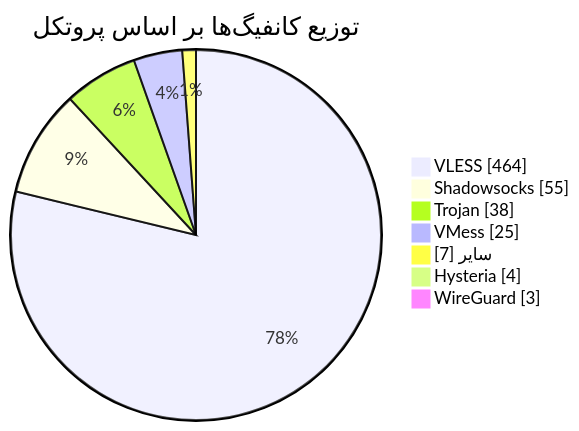
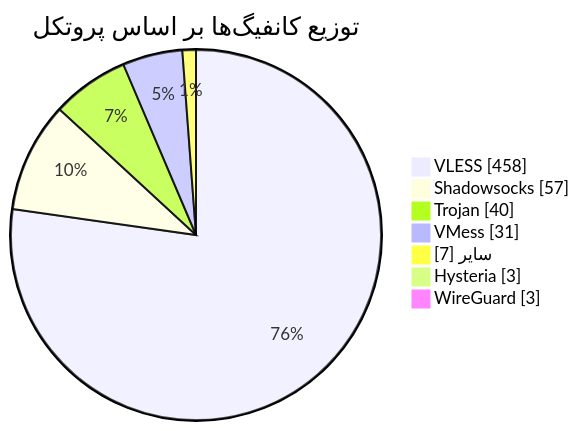
Before and after one commit to Arian-Alijani/Somthing: the diagram in README.md, drawn with Mermaid. The commit also changed other lines of this file and 19 other files, not shown here.

````diff
--- a/README.md
+++ b/README.md
@@ -49,11 +49,11 @@
 ```mermaid
 pie showData
     title توزیع کانفیگ‌ها بر اساس پروتکل
-    "VLESS" : 464
-    "Shadowsocks" : 55
-    "Trojan" : 38
-    "VMess" : 25
+    "VLESS" : 458
+    "Shadowsocks" : 57
+    "Trojan" : 40
+    "VMess" : 31
     "سایر" : 7
-    "Hysteria" : 4
+    "Hysteria" : 3
     "WireGuard" : 3
 ```
````
